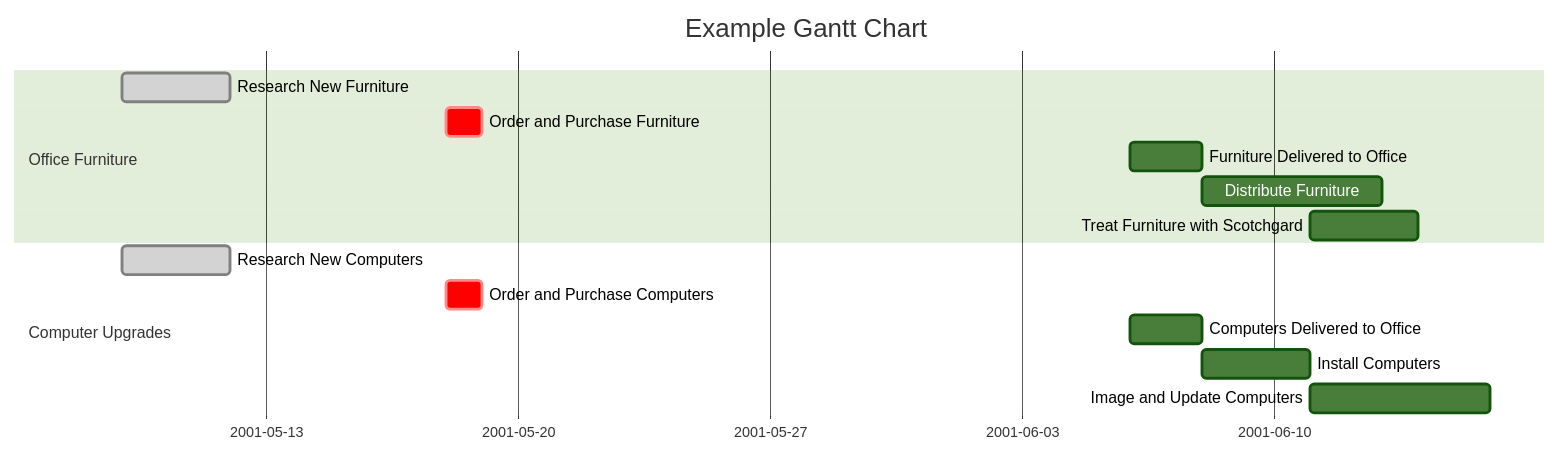
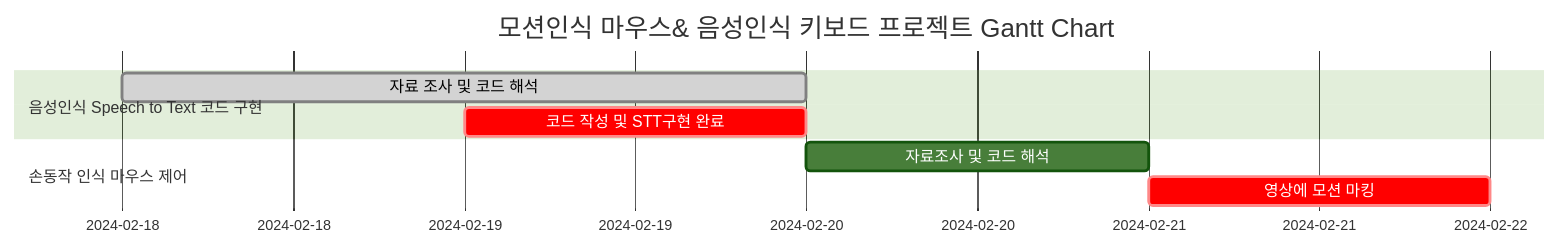
The diagram in README.md (CodeMystero/motionKeyboardMouse), drawn with Mermaid (forest theme) before and after one commit. The commit also changed other lines of this file, not shown here.

````diff
--- a/README.md
+++ b/README.md
@@ -44,19 +40,13 @@
 ```mermaid
 gantt
     dateFormat  MM-DD-YYYY
-    title       Example Gantt Chart
+    title       모션인식 마우스& 음성인식 키보드 프로젝트 Gantt Chart
 	
-	section Office Furniture
-		Research New Furniture	:done, 05-09, 3d
-                Order and Purchase Furniture  :crit, 05-18, 1d
-		Furniture Delivered to Office	: a1, 06-06, 2d
-		Distribute Furniture	:a2, after a1, 5d
-		Treat Furniture with Scotchgard	:after a2, 3d
+	section 음성인식 Speech to Text 코드 구현
+		자료 조사 및 코드 해석 :done, 2024-02-18, 2d
+                코드 작성 및 STT구현 완료  :crit, 2024-02-19, 1d
 	
-	section Computer Upgrades
-		Research New Computers	:done, 05-09, 3d
-                Order and Purchase Computers  :crit, 05-18, 1d
-		Computers Delivered to Office	: a1, 06-06, 2d
-		Install Computers	:a2, after a1, 3d
-		Image and Update Computers	:after a2, 5d
+	section 손동작 인식 마우스 제어
+		자료조사 및 코드 해석	: 2024-02-20, 1d
+                영상에 모션 마킹  :crit, 2024-02-21, 1d
 ```
````
